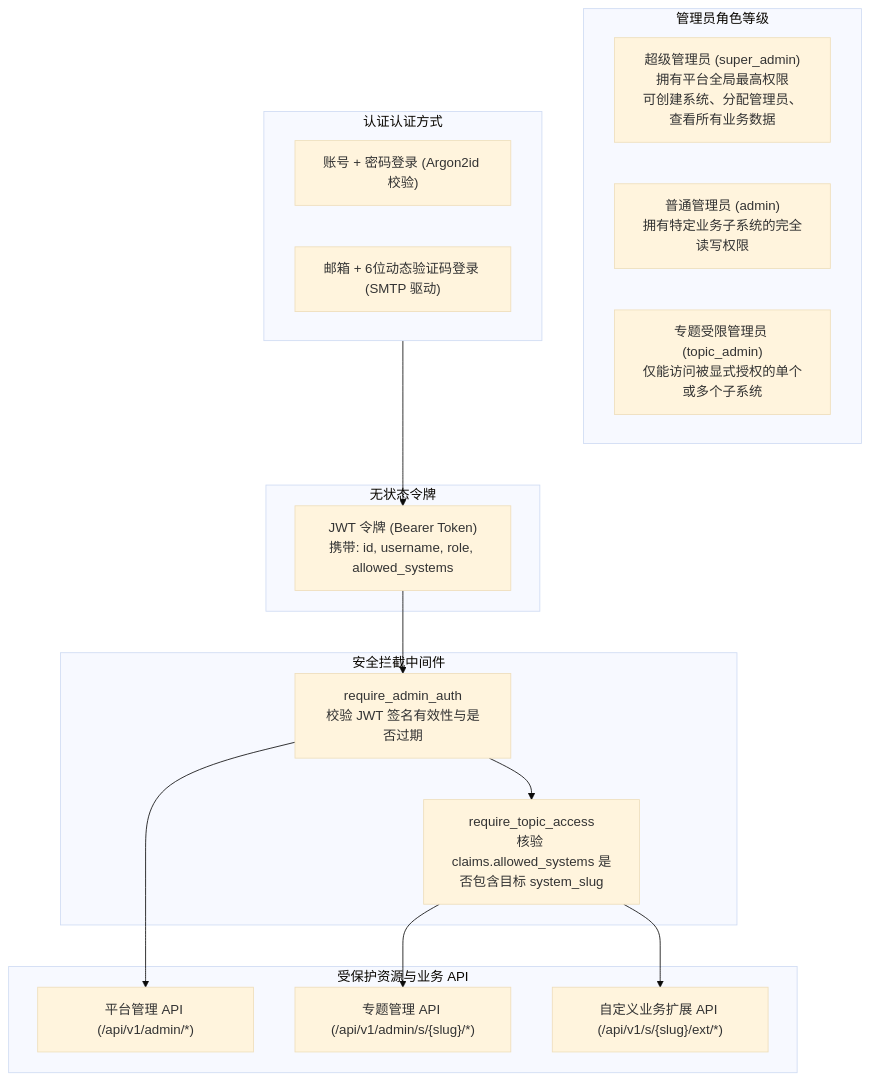
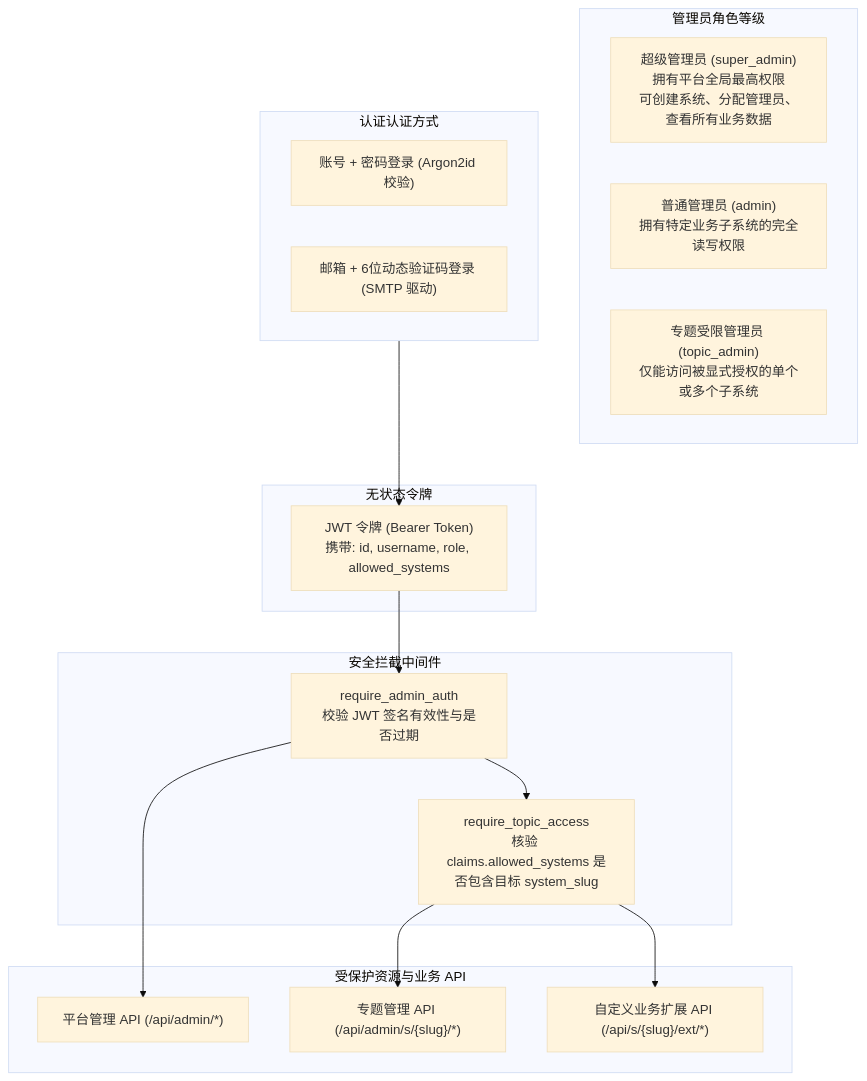
Before and after one commit to FoundKit/foundry: the first of 2 diagrams in docs/src/content/docs/zh/guides/auth-security.md, drawn with Mermaid (base theme). The commit also changed other lines of this file and 83 other files, not shown here.

````diff
--- a/docs/src/content/docs/zh/guides/auth-security.md
+++ b/docs/src/content/docs/zh/guides/auth-security.md
@@ -20,35 +20,35 @@
 ```mermaid
 flowchart TD
     subgraph Roles["管理员角色等级"]
         SuperAdmin["超级管理员 (super_admin)\n拥有平台全局最高权限\n可创建系统、分配管理员、查看所有业务数据"]
         Admin["普通管理员 (admin)\n拥有特定业务子系统的完全读写权限"]
         TopicAdmin["专题受限管理员 (topic_admin)\n仅能访问被显式授权的单个或多个子系统"]
     end
 
     subgraph AuthMethods["认证认证方式"]
         PasswordLogin["账号 + 密码登录 (Argon2id 校验)"]
         EmailLogin["邮箱 + 6位动态验证码登录 (SMTP 驱动)"]
     end
 
     subgraph Token["无状态令牌"]
         JWT["JWT 令牌 (Bearer Token)\n携带: id, username, role, allowed_systems"]
     end
 
     subgraph Middlewares["安全拦截中间件"]
         M1["require_admin_auth\n校验 JWT 签名有效性与是否过期"]
         M2["require_topic_access\n核验 claims.allowed_systems 是否包含目标 system_slug"]
     end
 
     subgraph Resources["受保护资源与业务 API"]
-        AdminAPI["平台管理 API (/api/v1/admin/*)"]
-        TopicAdminAPI["专题管理 API (/api/v1/admin/s/{slug}/*)"]
-        CustomExtAPI["自定义业务扩展 API (/api/v1/s/{slug}/ext/*)"]
+        AdminAPI["平台管理 API (/api/admin/*)"]
+        TopicAdminAPI["专题管理 API (/api/admin/s/{slug}/*)"]
+        CustomExtAPI["自定义业务扩展 API (/api/s/{slug}/ext/*)"]
     end
 
     AuthMethods --> JWT
     JWT --> M1
     M1 --> AdminAPI
     M1 --> M2
     M2 --> TopicAdminAPI
     M2 --> CustomExtAPI
 ```
````
